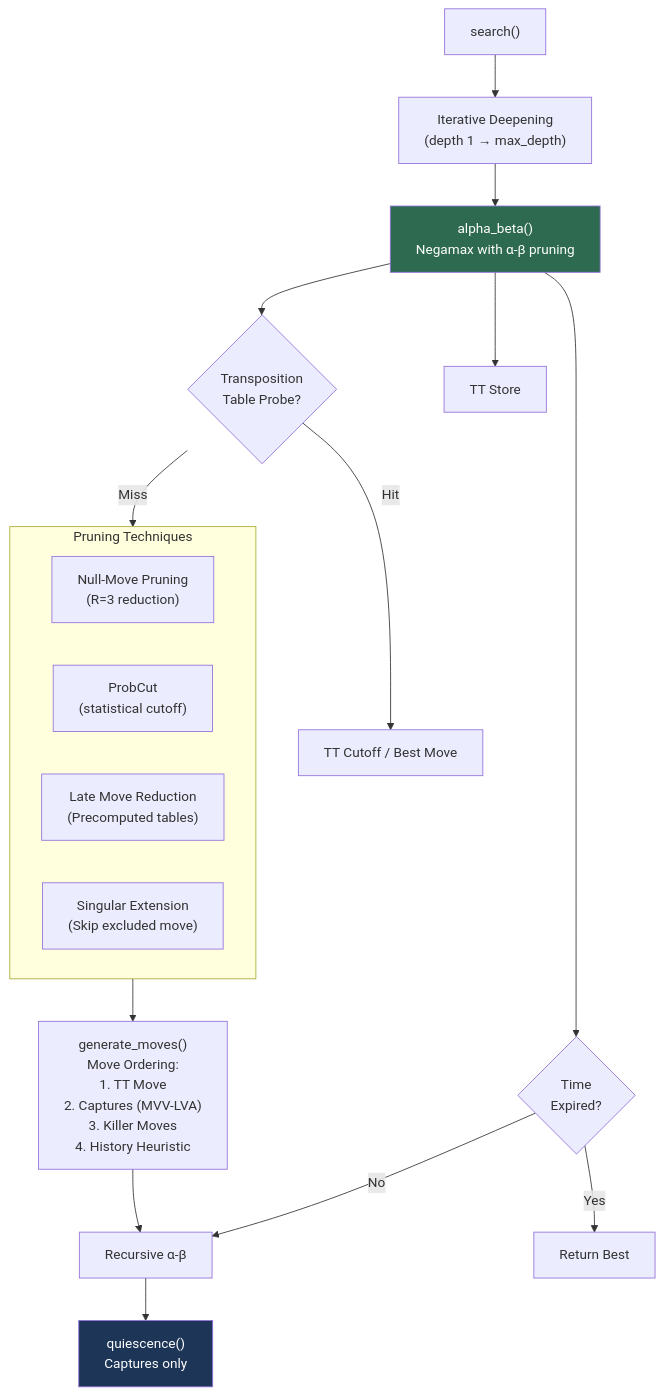
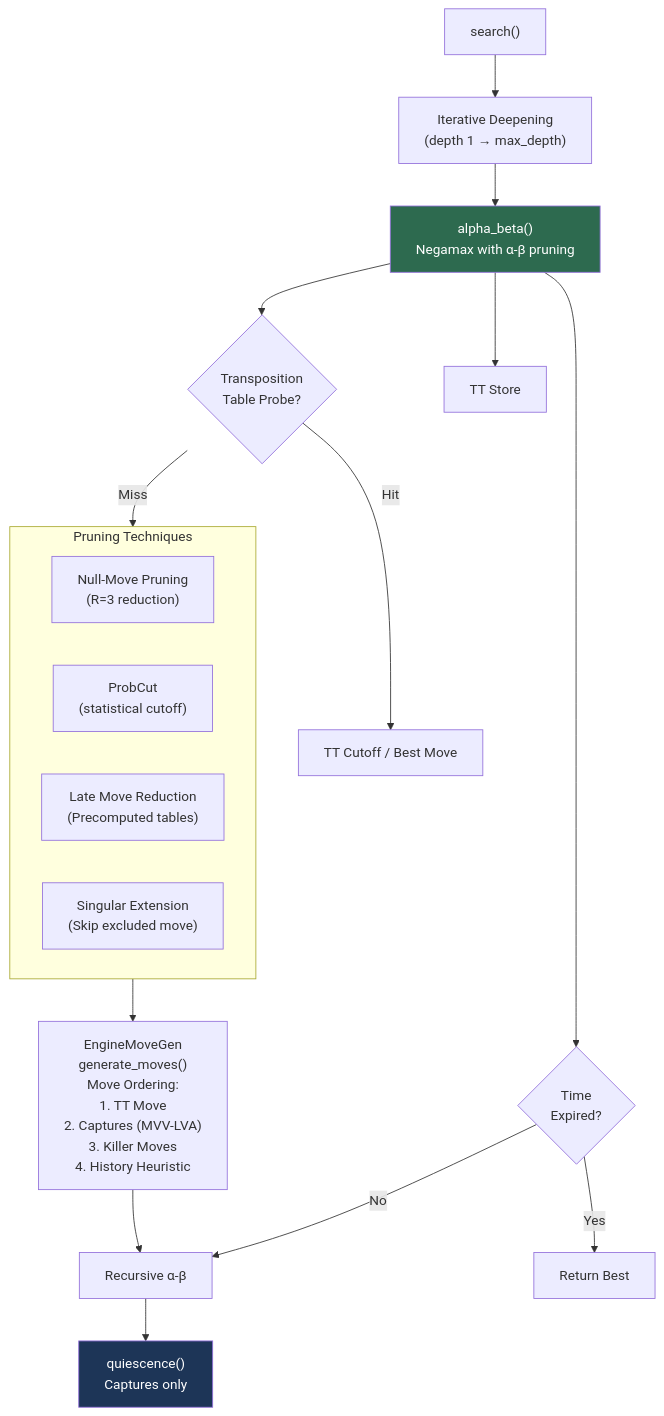
Before and after one commit to thichuong/GameCoTuong: the third of 7 diagrams in ARCHITECTURE.md, drawn with Mermaid. The commit also changed other lines of this file and 6 other files, not shown here.

Commit message:
docs: Detail engine's new `EngineMoveGen` module, refactor server's `game_manager` with new modules, and restructure client's `app` components in architecture documentation.

````diff
--- a/ARCHITECTURE.md
+++ b/ARCHITECTURE.md
@@ -123,29 +124,29 @@
 ```mermaid
 flowchart TD
     Start["search()"] --> ID["Iterative Deepening<br/>(depth 1 → max_depth)"]
     ID --> AB["alpha_beta()<br/>Negamax with α-β pruning"]
 
     AB --> TT{"Transposition<br/>Table Probe?"}
     TT -->|Hit| TTCut["TT Cutoff / Best Move"]
     TT -->|Miss| Pruning
 
     subgraph Pruning["Pruning Techniques"]
         NMP["Null-Move Pruning<br/>(R=3 reduction)"]
         PC["ProbCut<br/>(statistical cutoff)"]
         LMR["Late Move Reduction<br/>(Precomputed tables)"]
         SE["Singular Extension<br/>(Skip excluded move)"]
     end
 
-    Pruning --> MoveGen["generate_moves()<br/>Move Ordering:<br/>1. TT Move<br/>2. Captures (MVV-LVA)<br/>3. Killer Moves<br/>4. History Heuristic"]
+    Pruning --> MoveGen["EngineMoveGen<br/>generate_moves()<br/>Move Ordering:<br/>1. TT Move<br/>2. Captures (MVV-LVA)<br/>3. Killer Moves<br/>4. History Heuristic"]
 
     MoveGen --> Recurse["Recursive α-β"]
     Recurse --> QS["quiescence()<br/>Captures only"]
 
     AB --> Store["TT Store"]
     AB --> TimeCheck{"Time<br/>Expired?"}
     TimeCheck -->|Yes| Return["Return Best"]
     TimeCheck -->|No| Recurse
 
     style AB fill:#2d6a4f,color:#fff
     style QS fill:#1d3557,color:#fff
 ```
````
